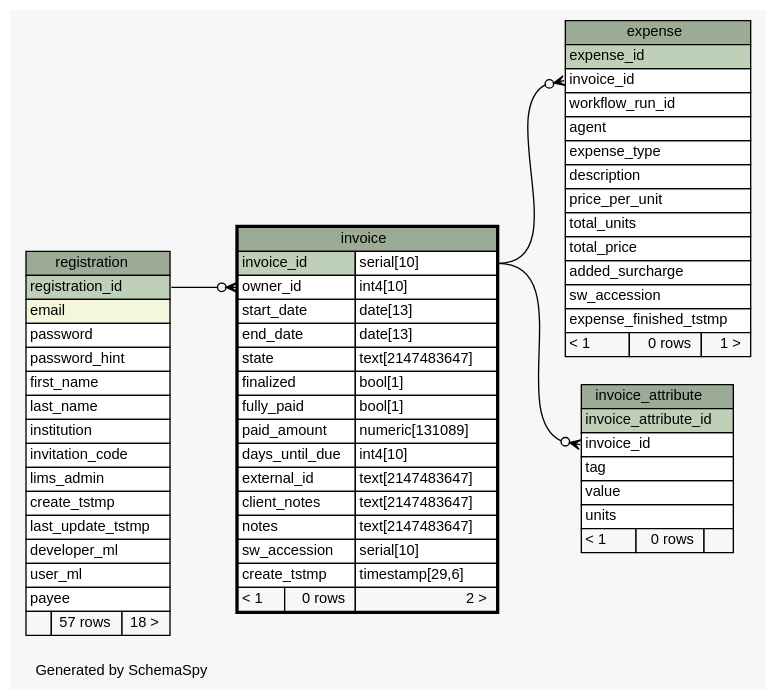
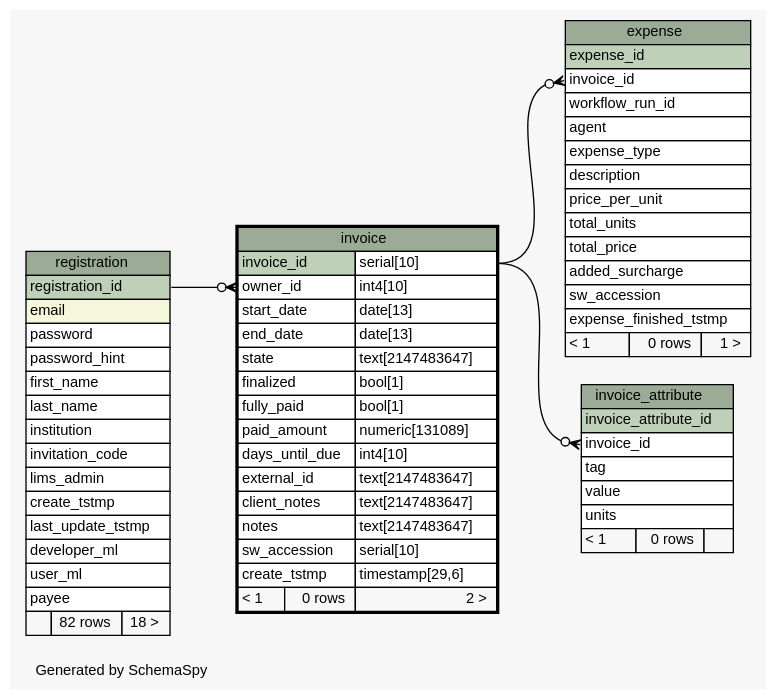
The diagram in metadb-schema/diagrams/invoice.1degree.dot (SeqWare/seqware.github.com), drawn with Graphviz before and after one commit. The commit also changed 365 other files, not shown here.

Commit message:
Refresh dbschema docs

```diff
--- a/metadb-schema/diagrams/invoice.1degree.dot
+++ b/metadb-schema/diagrams/invoice.1degree.dot
@@ -1,106 +1,106 @@
-// dot 2.32.0 on Mac OS X 10.8.3
+// dot 2.26.3 on Linux 3.5.0-47-generic
 // SchemaSpy rev 590
 digraph "oneDegreeRelationshipsDiagram" {
   graph [
     rankdir="RL"
     bgcolor="#f7f7f7"
     label="\nGenerated by SchemaSpy"
     labeljust="l"
     nodesep="0.18"
     ranksep="0.46"
     fontname="Helvetica"
     fontsize="11"
   ];
   node [
     fontname="Helvetica"
     fontsize="11"
     shape="plaintext"
   ];
   edge [
     arrowsize="0.8"
   ];
   "expense":"invoice_id":w -> "invoice":"invoice_id.type":e [arrowhead=none dir=back arrowtail=crowodot];
   "invoice":"owner_id":w -> "registration":"registration_id":e [arrowhead=none dir=back arrowtail=crowodot];
   "invoice_attribute":"invoice_id":w -> "invoice":"invoice_id.type":e [arrowhead=none dir=back arrowtail=crowodot];
   "expense" [
     label=<
     <TABLE BORDER="0" CELLBORDER="1" CELLSPACING="0" BGCOLOR="#ffffff">
       <TR><TD COLSPAN="3" BGCOLOR="#9bab96" ALIGN="CENTER">expense</TD></TR>
       <TR><TD PORT="expense_id" COLSPAN="3" BGCOLOR="#bed1b8" ALIGN="LEFT">expense_id</TD></TR>
       <TR><TD PORT="invoice_id" COLSPAN="3" ALIGN="LEFT">invoice_id</TD></TR>
       <TR><TD PORT="workflow_run_id" COLSPAN="3" ALIGN="LEFT">workflow_run_id</TD></TR>
       <TR><TD PORT="agent" COLSPAN="3" ALIGN="LEFT">agent</TD></TR>
       <TR><TD PORT="expense_type" COLSPAN="3" ALIGN="LEFT">expense_type</TD></TR>
       <TR><TD PORT="description" COLSPAN="3" ALIGN="LEFT">description</TD></TR>
       <TR><TD PORT="price_per_unit" COLSPAN="3" ALIGN="LEFT">price_per_unit</TD></TR>
       <TR><TD PORT="total_units" COLSPAN="3" ALIGN="LEFT">total_units</TD></TR>
       <TR><TD PORT="total_price" COLSPAN="3" ALIGN="LEFT">total_price</TD></TR>
       <TR><TD PORT="added_surcharge" COLSPAN="3" ALIGN="LEFT">added_surcharge</TD></TR>
       <TR><TD PORT="sw_accession" COLSPAN="3" ALIGN="LEFT">sw_accession</TD></TR>
       <TR><TD PORT="expense_finished_tstmp" COLSPAN="3" ALIGN="LEFT">expense_finished_tstmp</TD></TR>
       <TR><TD ALIGN="LEFT" BGCOLOR="#f7f7f7">&lt; 1</TD><TD ALIGN="RIGHT" BGCOLOR="#f7f7f7">0 rows</TD><TD ALIGN="RIGHT" BGCOLOR="#f7f7f7">1 &gt;</TD></TR>
     </TABLE>>
     URL="expense.html"
     tooltip="expense"
   ];
   "invoice" [
     label=<
     <TABLE BORDER="2" CELLBORDER="1" CELLSPACING="0" BGCOLOR="#ffffff">
       <TR><TD COLSPAN="3" BGCOLOR="#9bab96" ALIGN="CENTER">invoice</TD></TR>
       <TR><TD PORT="invoice_id" COLSPAN="2" BGCOLOR="#bed1b8" ALIGN="LEFT">invoice_id</TD><TD PORT="invoice_id.type" ALIGN="LEFT">serial[10]</TD></TR>
       <TR><TD PORT="owner_id" COLSPAN="2" ALIGN="LEFT">owner_id</TD><TD PORT="owner_id.type" ALIGN="LEFT">int4[10]</TD></TR>
       <TR><TD PORT="start_date" COLSPAN="2" ALIGN="LEFT">start_date</TD><TD PORT="start_date.type" ALIGN="LEFT">date[13]</TD></TR>
       <TR><TD PORT="end_date" COLSPAN="2" ALIGN="LEFT">end_date</TD><TD PORT="end_date.type" ALIGN="LEFT">date[13]</TD></TR>
       <TR><TD PORT="state" COLSPAN="2" ALIGN="LEFT">state</TD><TD PORT="state.type" ALIGN="LEFT">text[2147483647]</TD></TR>
       <TR><TD PORT="finalized" COLSPAN="2" ALIGN="LEFT">finalized</TD><TD PORT="finalized.type" ALIGN="LEFT">bool[1]</TD></TR>
       <TR><TD PORT="fully_paid" COLSPAN="2" ALIGN="LEFT">fully_paid</TD><TD PORT="fully_paid.type" ALIGN="LEFT">bool[1]</TD></TR>
       <TR><TD PORT="paid_amount" COLSPAN="2" ALIGN="LEFT">paid_amount</TD><TD PORT="paid_amount.type" ALIGN="LEFT">numeric[131089]</TD></TR>
       <TR><TD PORT="days_until_due" COLSPAN="2" ALIGN="LEFT">days_until_due</TD><TD PORT="days_until_due.type" ALIGN="LEFT">int4[10]</TD></TR>
       <TR><TD PORT="external_id" COLSPAN="2" ALIGN="LEFT">external_id</TD><TD PORT="external_id.type" ALIGN="LEFT">text[2147483647]</TD></TR>
       <TR><TD PORT="client_notes" COLSPAN="2" ALIGN="LEFT">client_notes</TD><TD PORT="client_notes.type" ALIGN="LEFT">text[2147483647]</TD></TR>
       <TR><TD PORT="notes" COLSPAN="2" ALIGN="LEFT">notes</TD><TD PORT="notes.type" ALIGN="LEFT">text[2147483647]</TD></TR>
       <TR><TD PORT="sw_accession" COLSPAN="2" ALIGN="LEFT">sw_accession</TD><TD PORT="sw_accession.type" ALIGN="LEFT">serial[10]</TD></TR>
       <TR><TD PORT="create_tstmp" COLSPAN="2" ALIGN="LEFT">create_tstmp</TD><TD PORT="create_tstmp.type" ALIGN="LEFT">timestamp[29,6]</TD></TR>
       <TR><TD ALIGN="LEFT" BGCOLOR="#f7f7f7">&lt; 1</TD><TD ALIGN="RIGHT" BGCOLOR="#f7f7f7">0 rows</TD><TD ALIGN="RIGHT" BGCOLOR="#f7f7f7">2 &gt;</TD></TR>
     </TABLE>>
     URL="invoice.html"
     tooltip="invoice"
   ];
   "invoice_attribute" [
     label=<
     <TABLE BORDER="0" CELLBORDER="1" CELLSPACING="0" BGCOLOR="#ffffff">
       <TR><TD COLSPAN="3" BGCOLOR="#9bab96" ALIGN="CENTER">invoice_attribute</TD></TR>
       <TR><TD PORT="invoice_attribute_id" COLSPAN="3" BGCOLOR="#bed1b8" ALIGN="LEFT">invoice_attribute_id</TD></TR>
       <TR><TD PORT="invoice_id" COLSPAN="3" ALIGN="LEFT">invoice_id</TD></TR>
       <TR><TD PORT="tag" COLSPAN="3" ALIGN="LEFT">tag</TD></TR>
       <TR><TD PORT="value" COLSPAN="3" ALIGN="LEFT">value</TD></TR>
       <TR><TD PORT="units" COLSPAN="3" ALIGN="LEFT">units</TD></TR>
       <TR><TD ALIGN="LEFT" BGCOLOR="#f7f7f7">&lt; 1</TD><TD ALIGN="RIGHT" BGCOLOR="#f7f7f7">0 rows</TD><TD ALIGN="RIGHT" BGCOLOR="#f7f7f7">  </TD></TR>
     </TABLE>>
     URL="invoice_attribute.html"
     tooltip="invoice_attribute"
   ];
   "registration" [
     label=<
     <TABLE BORDER="0" CELLBORDER="1" CELLSPACING="0" BGCOLOR="#ffffff">
       <TR><TD COLSPAN="3" BGCOLOR="#9bab96" ALIGN="CENTER">registration</TD></TR>
       <TR><TD PORT="registration_id" COLSPAN="3" BGCOLOR="#bed1b8" ALIGN="LEFT">registration_id</TD></TR>
       <TR><TD PORT="email" COLSPAN="3" BGCOLOR="#f4f7da" ALIGN="LEFT">email</TD></TR>
       <TR><TD PORT="password" COLSPAN="3" ALIGN="LEFT">password</TD></TR>
       <TR><TD PORT="password_hint" COLSPAN="3" ALIGN="LEFT">password_hint</TD></TR>
       <TR><TD PORT="first_name" COLSPAN="3" ALIGN="LEFT">first_name</TD></TR>
       <TR><TD PORT="last_name" COLSPAN="3" ALIGN="LEFT">last_name</TD></TR>
       <TR><TD PORT="institution" COLSPAN="3" ALIGN="LEFT">institution</TD></TR>
       <TR><TD PORT="invitation_code" COLSPAN="3" ALIGN="LEFT">invitation_code</TD></TR>
       <TR><TD PORT="lims_admin" COLSPAN="3" ALIGN="LEFT">lims_admin</TD></TR>
       <TR><TD PORT="create_tstmp" COLSPAN="3" ALIGN="LEFT">create_tstmp</TD></TR>
       <TR><TD PORT="last_update_tstmp" COLSPAN="3" ALIGN="LEFT">last_update_tstmp</TD></TR>
       <TR><TD PORT="developer_ml" COLSPAN="3" ALIGN="LEFT">developer_ml</TD></TR>
       <TR><TD PORT="user_ml" COLSPAN="3" ALIGN="LEFT">user_ml</TD></TR>
       <TR><TD PORT="payee" COLSPAN="3" ALIGN="LEFT">payee</TD></TR>
-      <TR><TD ALIGN="LEFT" BGCOLOR="#f7f7f7">  </TD><TD ALIGN="RIGHT" BGCOLOR="#f7f7f7">57 rows</TD><TD ALIGN="RIGHT" BGCOLOR="#f7f7f7">18 &gt;</TD></TR>
+      <TR><TD ALIGN="LEFT" BGCOLOR="#f7f7f7">  </TD><TD ALIGN="RIGHT" BGCOLOR="#f7f7f7">82 rows</TD><TD ALIGN="RIGHT" BGCOLOR="#f7f7f7">18 &gt;</TD></TR>
     </TABLE>>
     URL="registration.html"
     tooltip="registration"
   ];
 }
```
